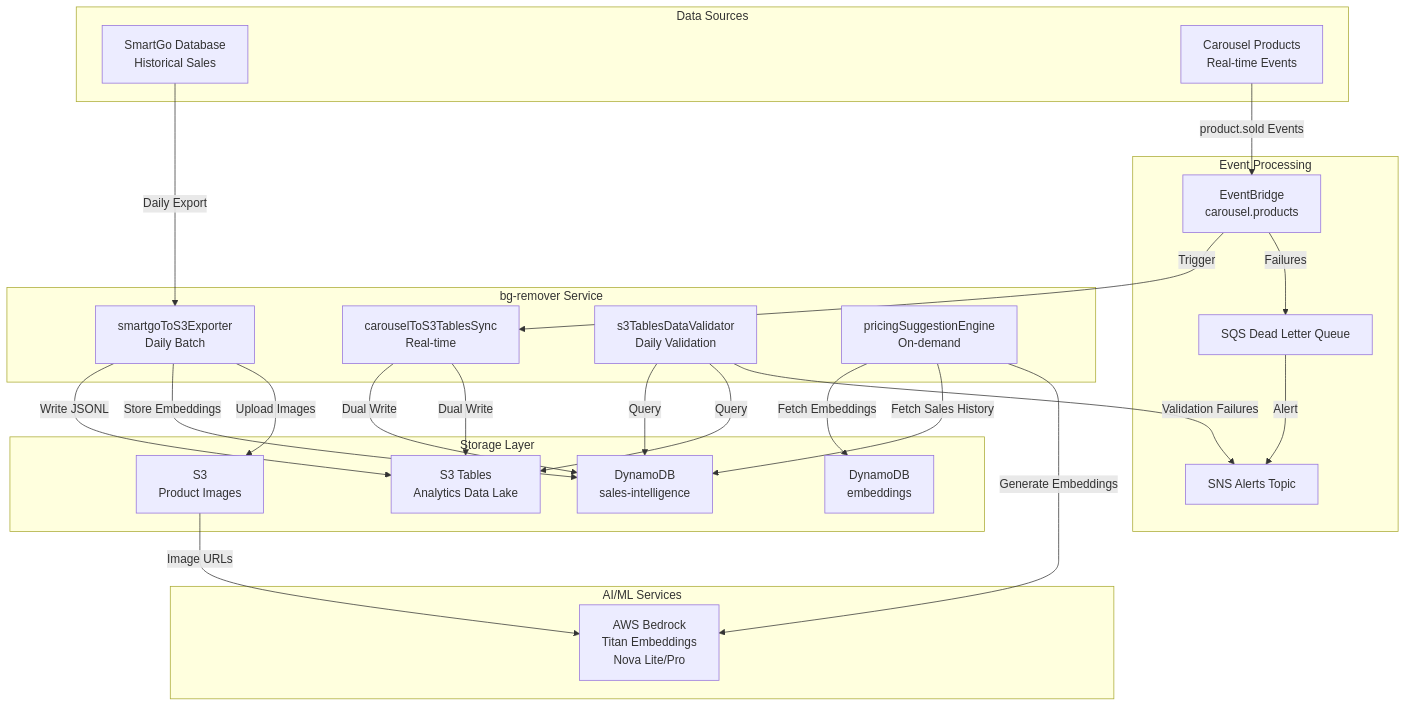
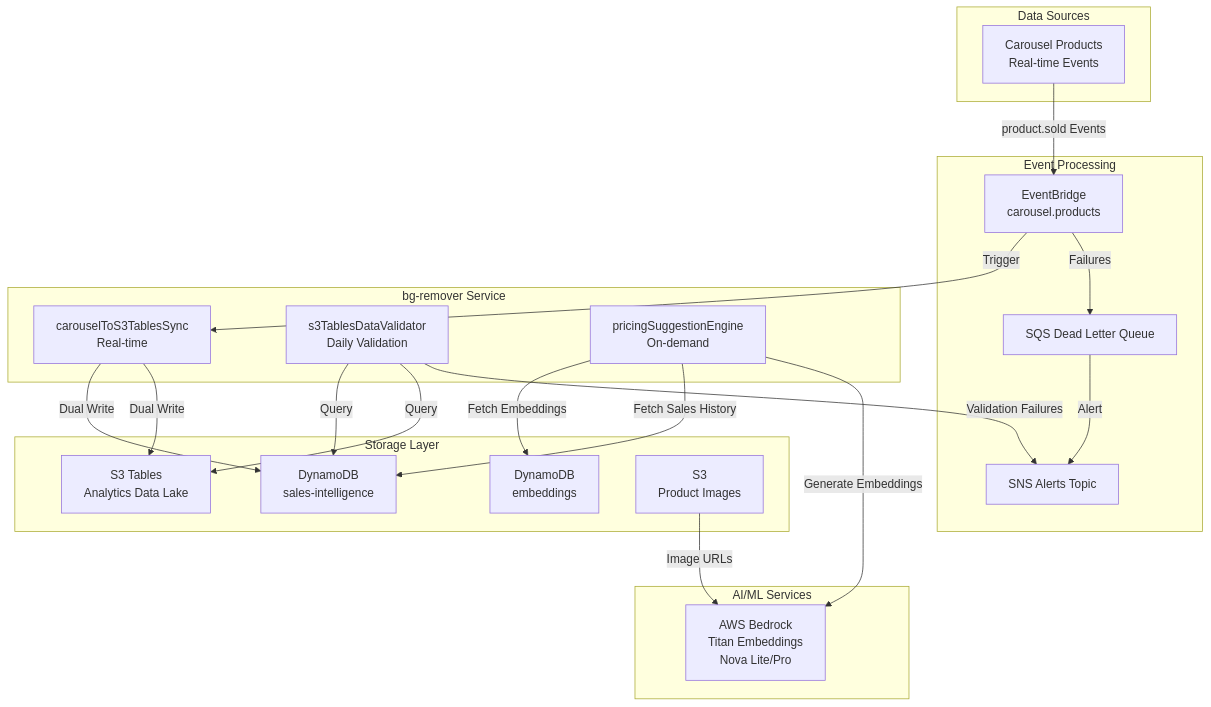
The first of 4 diagrams in SYSTEM_ARCHITECTURE.md (hringekjan/bg-remover), drawn with Mermaid before and after one commit. The commit also changed other lines of this file and 209 other files, not shown here.

````diff
--- a/SYSTEM_ARCHITECTURE.md
+++ b/SYSTEM_ARCHITECTURE.md
@@ -13,52 +13,45 @@
 ```mermaid
 graph TB
     subgraph "Data Sources"
-        SmartGo[SmartGo Database<br/>Historical Sales]
         Carousel[Carousel Products<br/>Real-time Events]
     end
 
     subgraph "Event Processing"
         EB[EventBridge<br/>carousel.products]
         DLQ[SQS Dead Letter Queue]
         SNS[SNS Alerts Topic]
     end
 
     subgraph "bg-remover Service"
-        L1[smartgoToS3Exporter<br/>Daily Batch]
         L2[carouselToS3TablesSync<br/>Real-time]
         L3[s3TablesDataValidator<br/>Daily Validation]
         L4[pricingSuggestionEngine<br/>On-demand]
     end
 
     subgraph "Storage Layer"
         DDB1[DynamoDB<br/>sales-intelligence]
         DDB2[DynamoDB<br/>embeddings]
         S3Tables[S3 Tables<br/>Analytics Data Lake]
         S3Images[S3<br/>Product Images]
     end
 
     subgraph "AI/ML Services"
         Bedrock[AWS Bedrock<br/>Titan Embeddings<br/>Nova Lite/Pro]
     end
-
-    SmartGo -->|Daily Export| L1
-    L1 -->|Write JSONL| S3Tables
-    L1 -->|Store Embeddings| DDB1
-    L1 -->|Upload Images| S3Images
 
     Carousel -->|product.sold Events| EB
     EB -->|Trigger| L2
     L2 -->|Dual Write| DDB1
     L2 -->|Dual Write| S3Tables
     EB -->|Failures| DLQ
     DLQ -->|Alert| SNS
 
     L3 -->|Query| DDB1
     L3 -->|Query| S3Tables
     L3 -->|Validation Failures| SNS
 
     L4 -->|Fetch Embeddings| DDB2
     L4 -->|Fetch Sales History| DDB1
     L4 -->|Generate Embeddings| Bedrock
     S3Images -->|Image URLs| Bedrock
 ```
````
